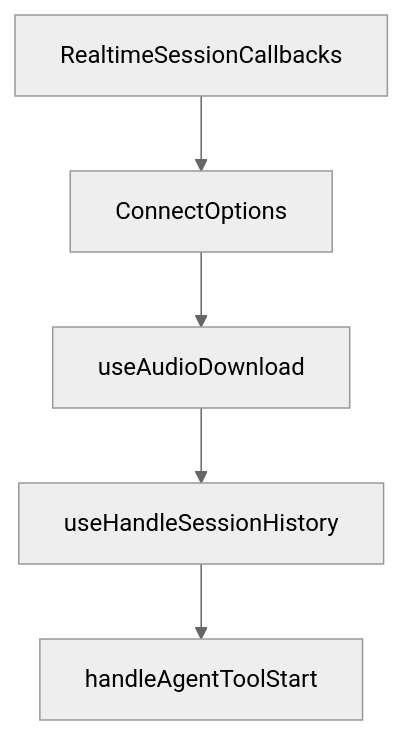
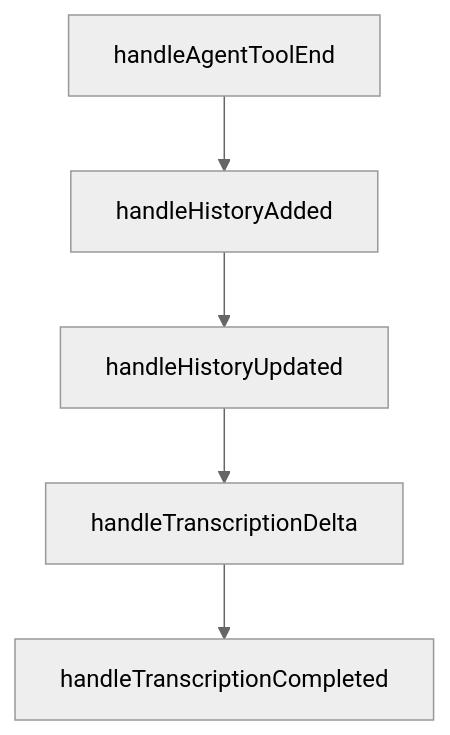
The diagram in tutorials/openai-realtime-agents-tutorial/04-conversational-ai.md (johnxie/awesome-code-docs), drawn with Mermaid (neutral theme) before and after one commit. The commit also changed other lines of this file and 1232 other files, not shown here.

````diff
--- a/tutorials/openai-realtime-agents-tutorial/04-conversational-ai.md
+++ b/tutorials/openai-realtime-agents-tutorial/04-conversational-ai.md
@@ -257,12 +255,12 @@
 ```mermaid
 flowchart TD
-    A[RealtimeSessionCallbacks]
-    B[ConnectOptions]
-    C[useAudioDownload]
-    D[useHandleSessionHistory]
-    E[handleAgentToolStart]
+    A[handleAgentToolEnd]
+    B[handleHistoryAdded]
+    C[handleHistoryUpdated]
+    D[handleTranscriptionDelta]
+    E[handleTranscriptionCompleted]
     A --> B
     B --> C
     C --> D
     D --> E
 ```
````
